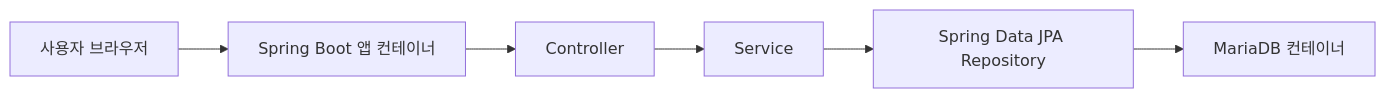
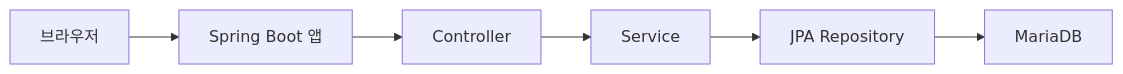
Before and after one commit to 021Skyfall/novelkeep: the diagram in README.md, drawn with Mermaid. The commit also changed other lines of this file and 8 other files, not shown here.

````diff
--- a/README.md
+++ b/README.md
@@ -190,8 +305,8 @@
 ```mermaid
 flowchart LR
-    U["사용자 브라우저"] --> A["Spring Boot 앱 컨테이너"]
+    U["브라우저"] --> A["Spring Boot 앱"]
     A --> C["Controller"]
     C --> S["Service"]
-    S --> R["Spring Data JPA Repository"]
-    R --> D["MariaDB 컨테이너"]
+    S --> R["JPA Repository"]
+    R --> D["MariaDB"]
 ```
````
